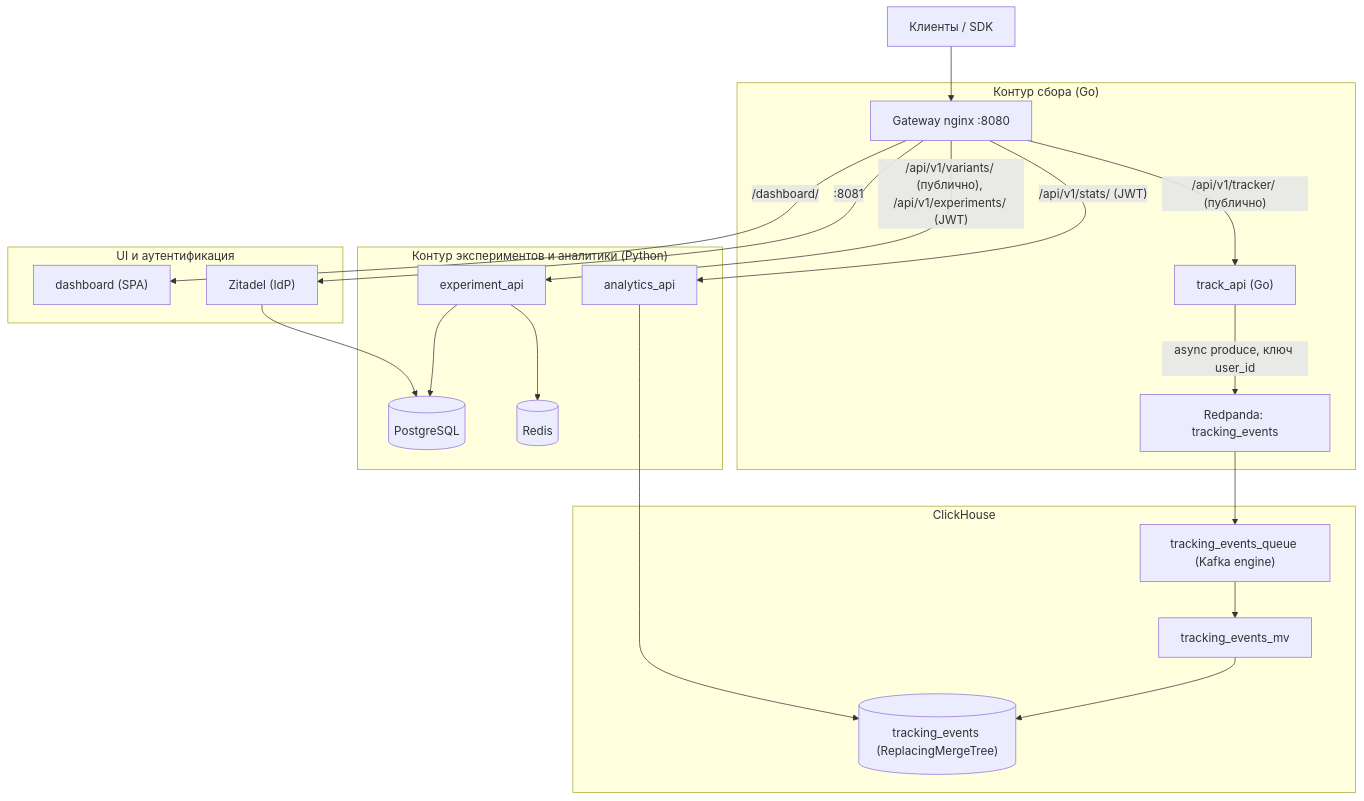
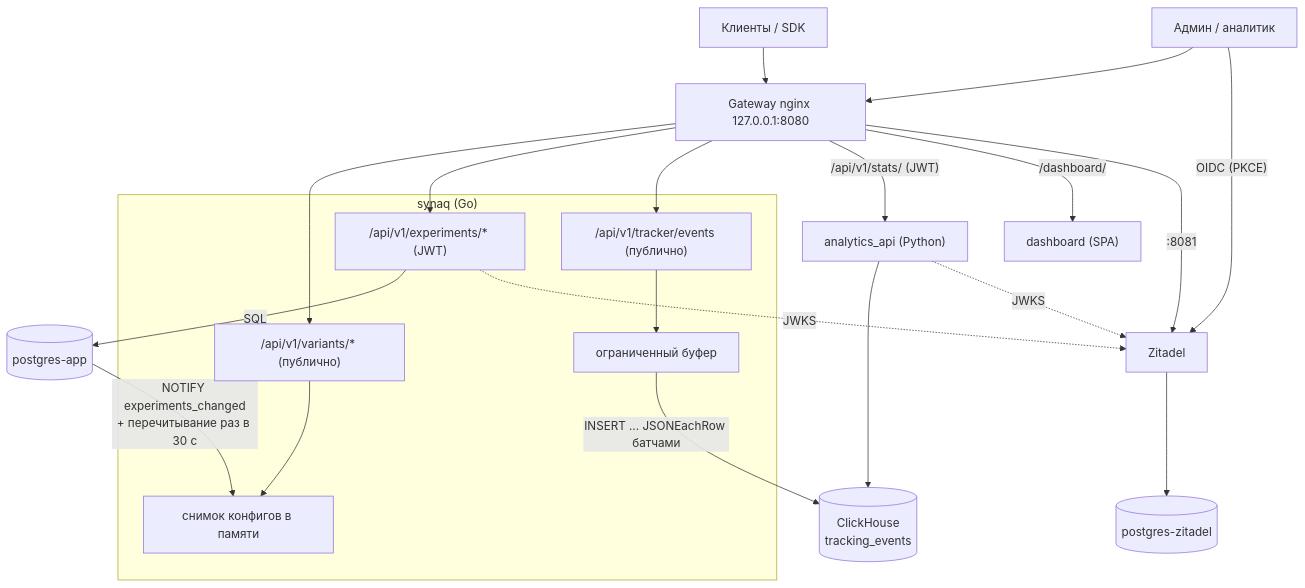
The diagram in docs/SYSTEM_DESIGN.md (Kebiproger/synaqcore), drawn with Mermaid before and after one commit. The commit also changed other lines of this file and 8 other files, not shown here.

````diff
--- a/docs/SYSTEM_DESIGN.md
+++ b/docs/SYSTEM_DESIGN.md
@@ -18,29 +20,25 @@
 ```mermaid
 flowchart TD
-    Clients["Клиенты / SDK"] --> GW["Gateway nginx :8080"]
+    Clients["Клиенты / SDK"] --> GW["Gateway nginx 127.0.0.1:8080"]
+    Admin["Админ / аналитик"] --> GW
+    Admin -->|"OIDC (PKCE)"| IDP
 
-    subgraph FastPath["Контур сбора (Go)"]
-        GW -->|"/api/v1/tracker/ (публично)"| TRACK["track_api (Go)"]
-        TRACK -->|"async produce, ключ user_id"| KAFKA["Redpanda: tracking_events"]
+    subgraph Synaq["synaq (Go)"]
+        VAR["/api/v1/variants/* (публично)"] --> SNAP["снимок конфигов в памяти"]
+        ADM["/api/v1/experiments/* (JWT)"]
+        TRK["/api/v1/tracker/events (публично)"] --> BUF["ограниченный буфер"]
     end
 
-    subgraph Storage["ClickHouse"]
-        KAFKA --> CK_Q["tracking_events_queue (Kafka engine)"]
-        CK_Q --> CK_MV["tracking_events_mv"]
-        CK_MV --> CK_T[("tracking_events (ReplacingMergeTree)")]
-    end
+    GW --> VAR & ADM & TRK
+    ADM -->|"SQL"| PGA[("postgres-app")]
+    PGA -->|"NOTIFY experiments_changed<br/>+ перечитывание раз в 30 с"| SNAP
+    BUF -->|"INSERT ... JSONEachRow батчами"| CH[("ClickHouse<br/>tracking_events")]
 
-    subgraph AppPath["Контур экспериментов и аналитики (Python)"]
-        GW -->|"/api/v1/variants/ (публично), /api/v1/experiments/ (JWT)"| EXP["experiment_api"]
-        EXP --> DB[(PostgreSQL)]
-        EXP --> CACHE[(Redis)]
-        GW -->|"/api/v1/stats/ (JWT)"| ANALYTICS["analytics_api"]
-        ANALYTICS --> CK_T
-    end
-
-    subgraph UI["UI и аутентификация"]
-        GW -->|"/dashboard/"| DASH["dashboard (SPA)"]
-        GW -->|":8081"| IDP["Zitadel (IdP)"]
-        IDP --> DB
-    end
+    GW -->|"/api/v1/stats/ (JWT)"| AN["analytics_api (Python)"]
+    AN --> CH
+    GW -->|"/dashboard/"| DASH["dashboard (SPA)"]
+    GW -->|":8081"| IDP["Zitadel"]
+    IDP --> PGZ[("postgres-zitadel")]
+    ADM -. JWKS .-> IDP
+    AN -. JWKS .-> IDP
 ```
````
